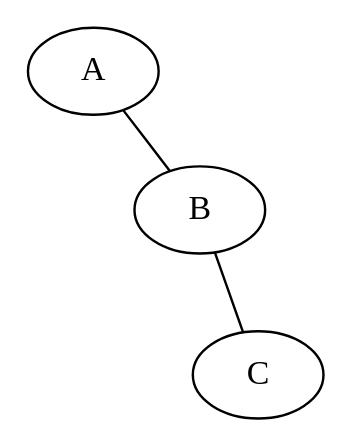
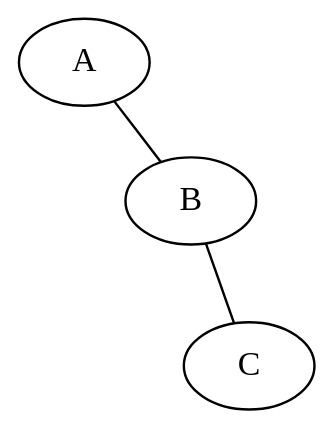
One commit to tony-stone/problematic-clusters changed the third of 6 diagrams in problematic-clusters.qmd. Above: the diagram before and after it, drawn with Graphviz. The commit also changed other lines of this file and 10 other files, not shown here.

````diff
--- a/problematic-clusters.qmd
+++ b/problematic-clusters.qmd
@@ -87,11 +113,12 @@
 ```{dot}
-//| fig-height: 2
-//| fig-width: 2
+//| fig-height: 2.5
+//| fig-width: 3
 
 graph G1 {
 layout=neato
+bgcolor="transparent"
 A -- B;
 B -- C;
 }
 
 ```
````
